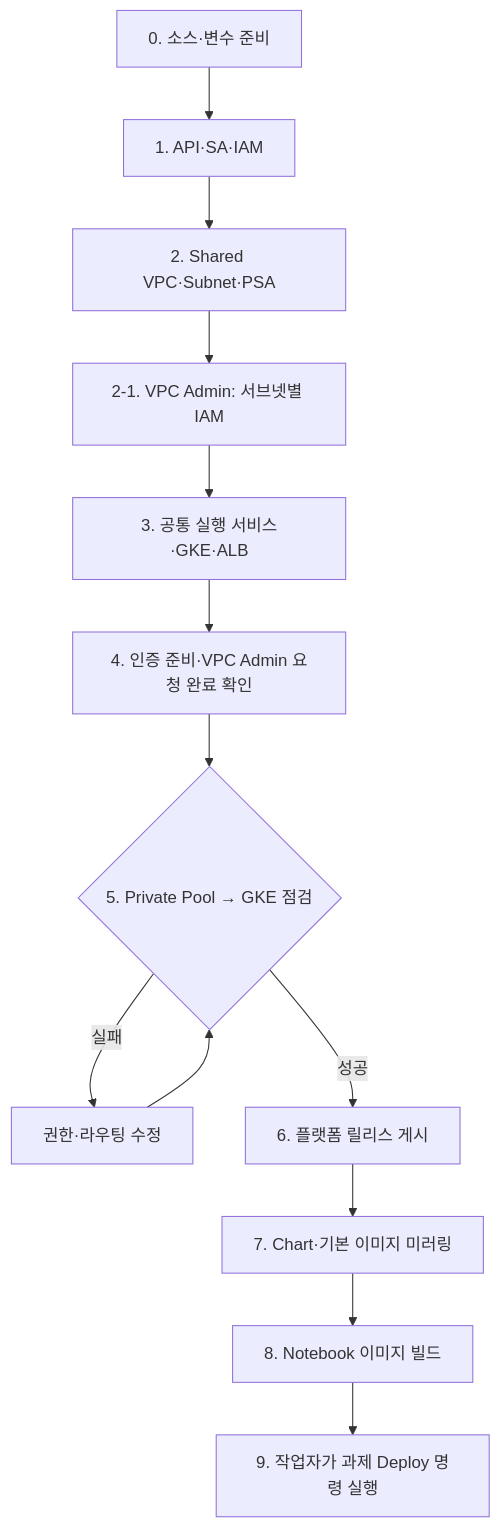
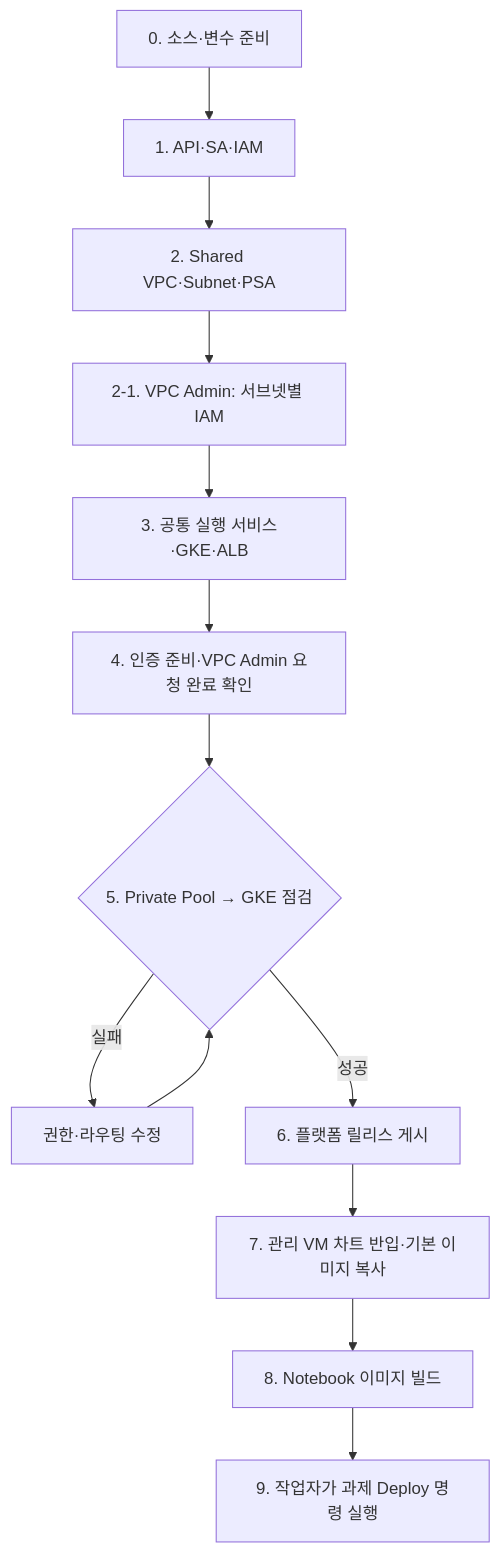
One commit to sonmap/https-github.com-sonmap-GCP_SBX_Test02 changed the first of 2 diagrams in 01.docs/reference/work-order.md. Above: the diagram before and after it, drawn with Mermaid. The commit also changed other lines of this file and 5 other files, not shown here.

Commit message:
Document manual Helm chart import from the management VM

````diff
--- a/01.docs/reference/work-order.md
+++ b/01.docs/reference/work-order.md
@@ -19,15 +19,15 @@
 ```mermaid
 flowchart TD
     A["0. 소스·변수 준비"] --> B["1. API·SA·IAM"]
     B --> C["2. Shared VPC·Subnet·PSA"]
     C --> S["2-1. VPC Admin: 서브넷별 IAM"]
     S --> D["3. 공통 실행 서비스·GKE·ALB"]
     D --> E["4. 인증 준비·VPC Admin 요청 완료 확인"]
     E --> F{"5. Private Pool → GKE 점검"}
     F -->|실패| X["권한·라우팅 수정"]
     X --> F
     F -->|성공| G["6. 플랫폼 릴리스 게시"]
-    G --> H["7. Chart·기본 이미지 미러링"]
+    G --> H["7. 관리 VM 차트 반입·기본 이미지 복사"]
     H --> I["8. Notebook 이미지 빌드"]
     I --> J["9. 작업자가 과제 Deploy 명령 실행"]
 ```
````
